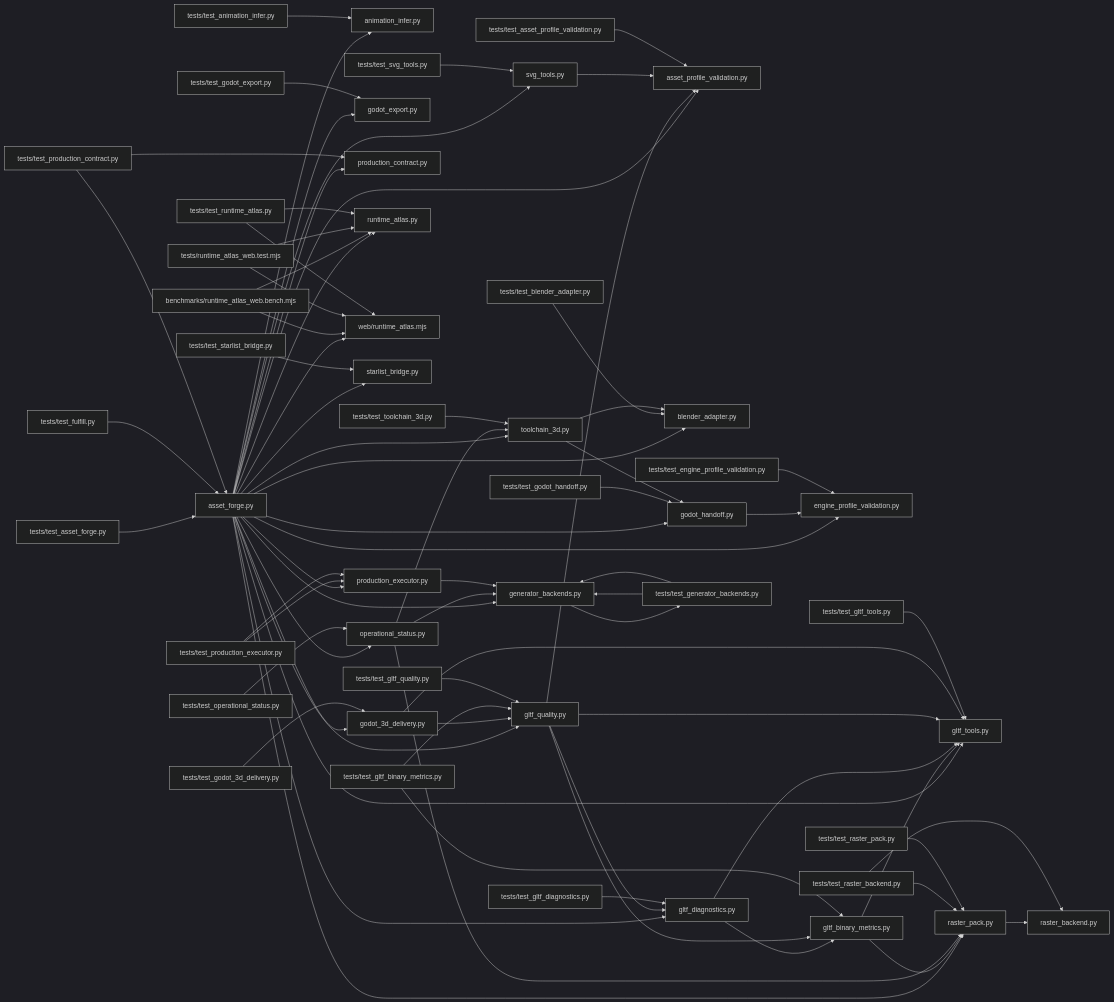
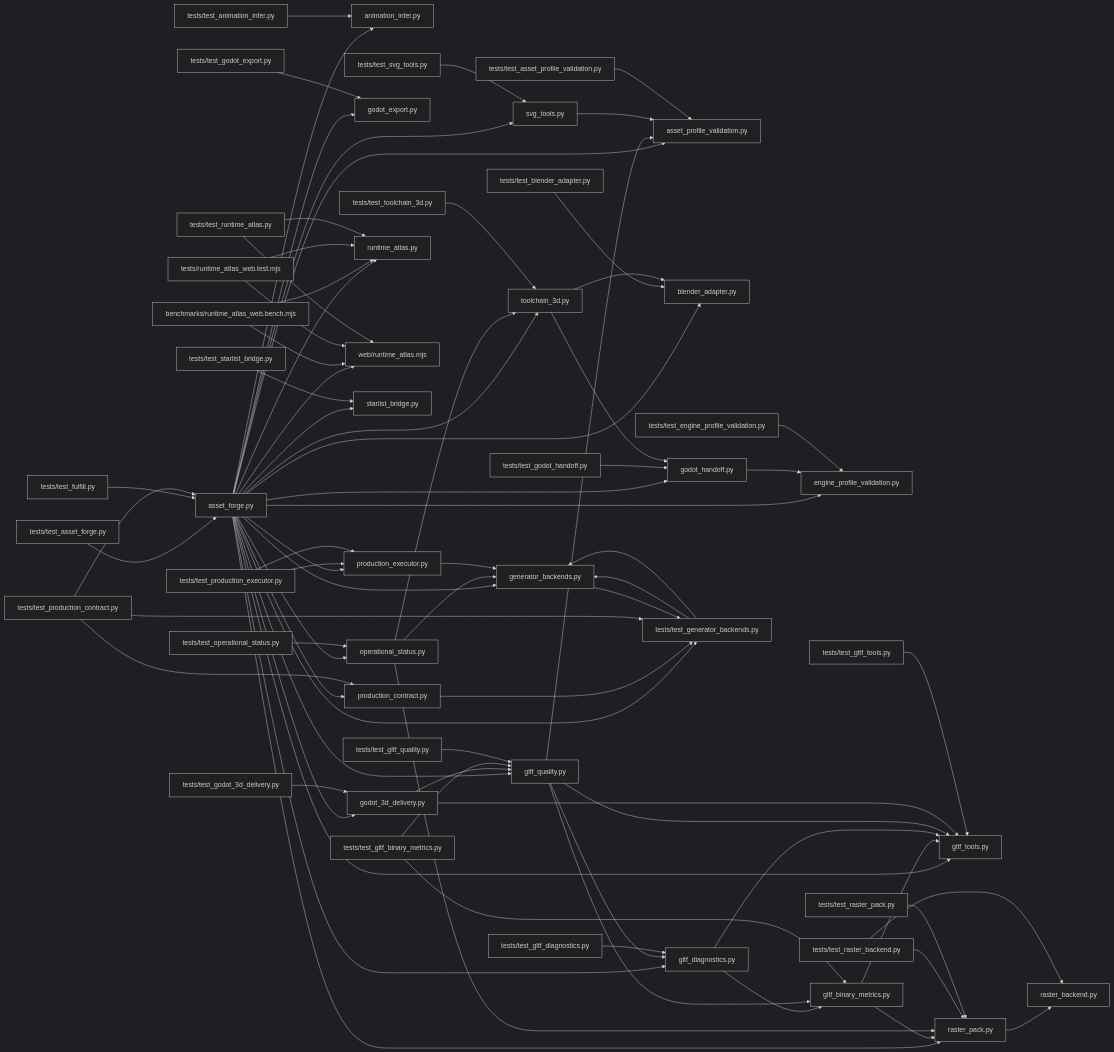
One commit to dbrckk/asset-forge changed the diagram in .ai/brain/architecture.mmd. Above: the diagram before and after it, drawn with Mermaid (dark theme). The commit also changed 69 other files, not shown here.

```diff
--- a/.ai/brain/architecture.mmd
+++ b/.ai/brain/architecture.mmd
@@ -1,74 +1,77 @@
 flowchart LR
   nf6aaebdb60["asset_forge.py"] --> na6af60504f["animation_infer.py"]
   nf6aaebdb60["asset_forge.py"] --> n0b538ad53a["asset_profile_validation.py"]
   nf6aaebdb60["asset_forge.py"] --> n53f8241bed["blender_adapter.py"]
   nf6aaebdb60["asset_forge.py"] --> n6c970becb0["engine_profile_validation.py"]
   nf6aaebdb60["asset_forge.py"] --> n628d7e8336["generator_backends.py"]
   nf6aaebdb60["asset_forge.py"] --> n75933d141d["gltf_diagnostics.py"]
   nf6aaebdb60["asset_forge.py"] --> n40671eb73f["gltf_quality.py"]
   nf6aaebdb60["asset_forge.py"] --> n603af8be95["gltf_tools.py"]
   nf6aaebdb60["asset_forge.py"] --> n19f6cc30a2["godot_3d_delivery.py"]
   nf6aaebdb60["asset_forge.py"] --> nf513c6f74a["godot_export.py"]
   nf6aaebdb60["asset_forge.py"] --> n4ac24c4308["godot_handoff.py"]
   nf6aaebdb60["asset_forge.py"] --> n8e6c2af7cd["operational_status.py"]
   nf6aaebdb60["asset_forge.py"] --> n053badf172["production_contract.py"]
   nf6aaebdb60["asset_forge.py"] --> nd2e1f874ab["production_executor.py"]
   nf6aaebdb60["asset_forge.py"] --> n812f5d6cd8["raster_pack.py"]
   nf6aaebdb60["asset_forge.py"] --> n5b9c1dbfe7["runtime_atlas.py"]
   nf6aaebdb60["asset_forge.py"] --> nbf71796fb5["web/runtime_atlas.mjs"]
   nf6aaebdb60["asset_forge.py"] --> n60f2773fae["starlist_bridge.py"]
   nf6aaebdb60["asset_forge.py"] --> nd1a9eb18f4["svg_tools.py"]
   nf6aaebdb60["asset_forge.py"] --> n9f52789201["toolchain_3d.py"]
   nf1083f5ce7["benchmarks/runtime_atlas_web.bench.mjs"] --> n5b9c1dbfe7["runtime_atlas.py"]
   nf1083f5ce7["benchmarks/runtime_atlas_web.bench.mjs"] --> nbf71796fb5["web/runtime_atlas.mjs"]
   nf2ad6ffaad["gltf_binary_metrics.py"] --> n603af8be95["gltf_tools.py"]
   nf2ad6ffaad["gltf_binary_metrics.py"] --> n812f5d6cd8["raster_pack.py"]
   n75933d141d["gltf_diagnostics.py"] --> nf2ad6ffaad["gltf_binary_metrics.py"]
   n75933d141d["gltf_diagnostics.py"] --> n603af8be95["gltf_tools.py"]
   n40671eb73f["gltf_quality.py"] --> n0b538ad53a["asset_profile_validation.py"]
   n40671eb73f["gltf_quality.py"] --> nf2ad6ffaad["gltf_binary_metrics.py"]
   n40671eb73f["gltf_quality.py"] --> n75933d141d["gltf_diagnostics.py"]
   n40671eb73f["gltf_quality.py"] --> n603af8be95["gltf_tools.py"]
   n19f6cc30a2["godot_3d_delivery.py"] --> n40671eb73f["gltf_quality.py"]
   n19f6cc30a2["godot_3d_delivery.py"] --> n603af8be95["gltf_tools.py"]
   n4ac24c4308["godot_handoff.py"] --> n6c970becb0["engine_profile_validation.py"]
   n8e6c2af7cd["operational_status.py"] --> n628d7e8336["generator_backends.py"]
   n8e6c2af7cd["operational_status.py"] --> n812f5d6cd8["raster_pack.py"]
   n8e6c2af7cd["operational_status.py"] --> n9f52789201["toolchain_3d.py"]
   nd2e1f874ab["production_executor.py"] --> n628d7e8336["generator_backends.py"]
   n812f5d6cd8["raster_pack.py"] --> n1f573e1b00["raster_backend.py"]
   nd1a9eb18f4["svg_tools.py"] --> n0b538ad53a["asset_profile_validation.py"]
   n6d6a7f3f5f["tests/runtime_atlas_web.test.mjs"] --> n5b9c1dbfe7["runtime_atlas.py"]
   n6d6a7f3f5f["tests/runtime_atlas_web.test.mjs"] --> nbf71796fb5["web/runtime_atlas.mjs"]
   ndd9a4fb45c["tests/test_animation_infer.py"] --> na6af60504f["animation_infer.py"]
   na7d4387d3f["tests/test_asset_forge.py"] --> nf6aaebdb60["asset_forge.py"]
   necd522caf1["tests/test_asset_profile_validation.py"] --> n0b538ad53a["asset_profile_validation.py"]
   n0b5e01c792["tests/test_blender_adapter.py"] --> n53f8241bed["blender_adapter.py"]
   n69f8299d4b["tests/test_engine_profile_validation.py"] --> n6c970becb0["engine_profile_validation.py"]
   n8020ce18e3["tests/test_fulfill.py"] --> nf6aaebdb60["asset_forge.py"]
   n3669c12588["tests/test_generator_backends.py"] --> n628d7e8336["generator_backends.py"]
   nd70a422de4["tests/test_gltf_binary_metrics.py"] --> nf2ad6ffaad["gltf_binary_metrics.py"]
   nd70a422de4["tests/test_gltf_binary_metrics.py"] --> n40671eb73f["gltf_quality.py"]
   nfb115d84b9["tests/test_gltf_diagnostics.py"] --> n75933d141d["gltf_diagnostics.py"]
   n9879eb7c58["tests/test_gltf_quality.py"] --> n40671eb73f["gltf_quality.py"]
   nbe4b566f23["tests/test_gltf_tools.py"] --> n603af8be95["gltf_tools.py"]
   n5132dff4b4["tests/test_godot_3d_delivery.py"] --> n19f6cc30a2["godot_3d_delivery.py"]
   n765e2032dc["tests/test_godot_export.py"] --> nf513c6f74a["godot_export.py"]
   n796d12e7ad["tests/test_godot_handoff.py"] --> n4ac24c4308["godot_handoff.py"]
   nae44096017["tests/test_operational_status.py"] --> n8e6c2af7cd["operational_status.py"]
   n2bf208ea95["tests/test_production_contract.py"] --> nf6aaebdb60["asset_forge.py"]
   n2bf208ea95["tests/test_production_contract.py"] --> n053badf172["production_contract.py"]
   n7bb7caee30["tests/test_production_executor.py"] --> nd2e1f874ab["production_executor.py"]
   nfa190699df["tests/test_raster_backend.py"] --> n1f573e1b00["raster_backend.py"]
   nfa190699df["tests/test_raster_backend.py"] --> n812f5d6cd8["raster_pack.py"]
   nacd4f64dad["tests/test_raster_pack.py"] --> n812f5d6cd8["raster_pack.py"]
   n648bc622f8["tests/test_runtime_atlas.py"] --> n5b9c1dbfe7["runtime_atlas.py"]
   n648bc622f8["tests/test_runtime_atlas.py"] --> nbf71796fb5["web/runtime_atlas.mjs"]
   n741d12fac4["tests/test_starlist_bridge.py"] --> n60f2773fae["starlist_bridge.py"]
   n9799642b7e["tests/test_svg_tools.py"] --> nd1a9eb18f4["svg_tools.py"]
   n67da2e7cde["tests/test_toolchain_3d.py"] --> n9f52789201["toolchain_3d.py"]
   n9f52789201["toolchain_3d.py"] --> n53f8241bed["blender_adapter.py"]
   n9f52789201["toolchain_3d.py"] --> n4ac24c4308["godot_handoff.py"]
+  nf6aaebdb60["asset_forge.py"] --> n3669c12588["tests/test_generator_backends.py"]
+  n053badf172["production_contract.py"] --> n3669c12588["tests/test_generator_backends.py"]
+  n2bf208ea95["tests/test_production_contract.py"] --> n3669c12588["tests/test_generator_backends.py"]
   n3669c12588["tests/test_generator_backends.py"] --> n628d7e8336["generator_backends.py"]
   n7bb7caee30["tests/test_production_executor.py"] --> nd2e1f874ab["production_executor.py"]
   n628d7e8336["generator_backends.py"] --> n3669c12588["tests/test_generator_backends.py"]
```
